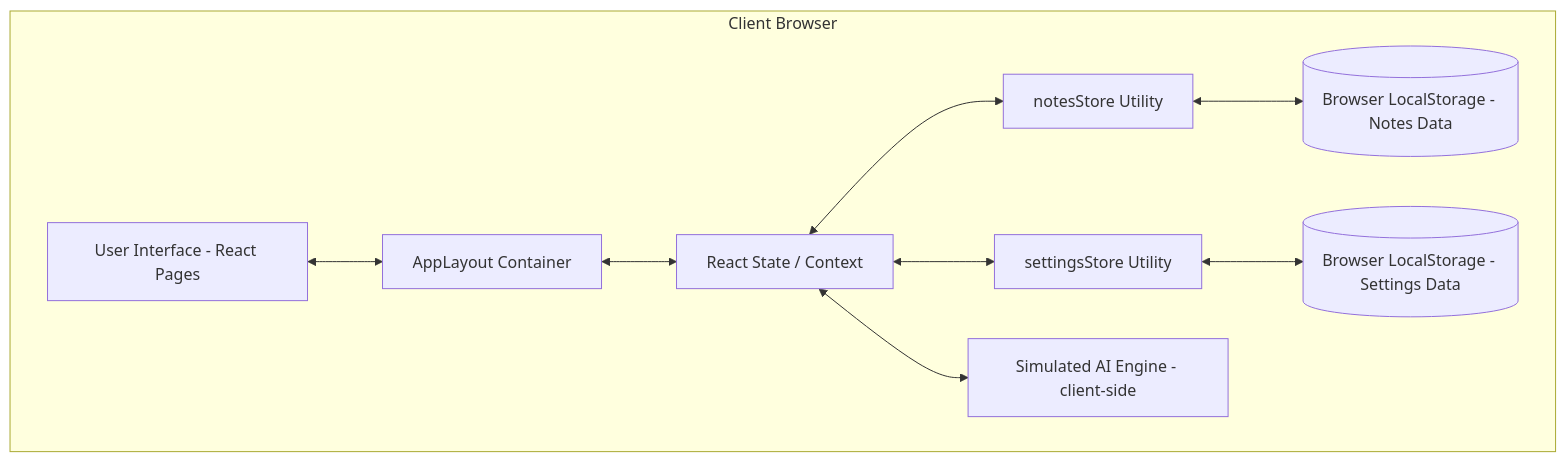
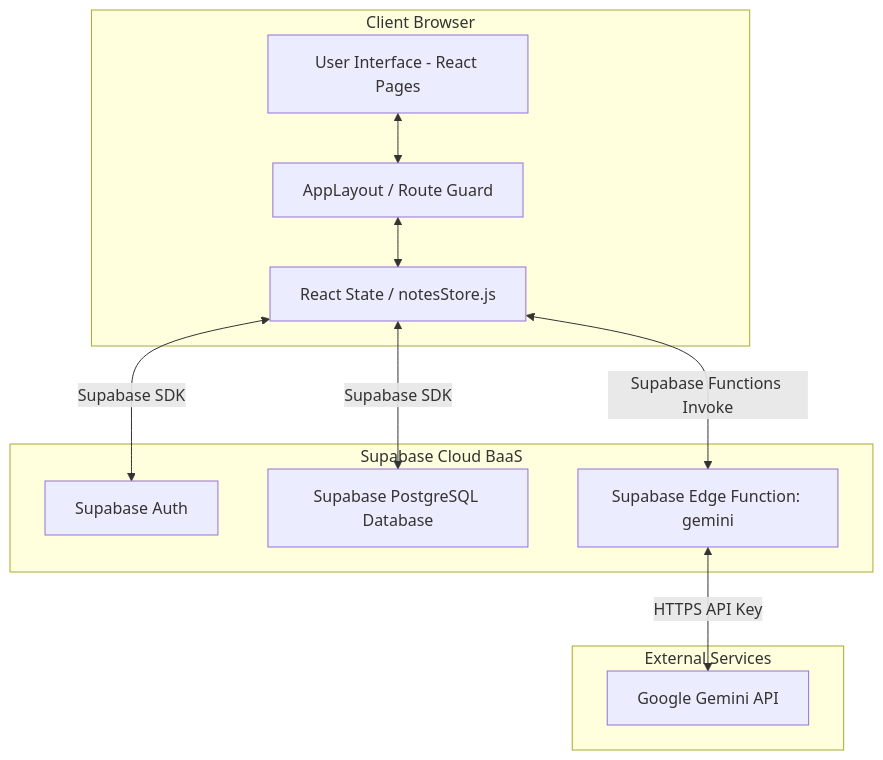
One commit to whoNann/NOTULA changed the diagram in Dokumentasi/LAPORAN.md. Above: the diagram before and after it, drawn with Mermaid. The commit also changed other lines of this file and 20 other files, not shown here.

Commit message:
feat: implement core frontend architecture, auth system, and documentation for Notula AI-powered note-taking application

````diff
--- a/Dokumentasi/LAPORAN.md
+++ b/Dokumentasi/LAPORAN.md
@@ -43,12 +43,17 @@
 ```mermaid
 graph TD
     subgraph Client Browser
-        A[User Interface - React Pages] <--> B[AppLayout Container]
-        B <--> C[React State / Context]
-        C <--> D[notesStore Utility]
-        C <--> E[settingsStore Utility]
-        D <--> F[(Browser LocalStorage - Notes Data)]
-        E <--> G[(Browser LocalStorage - Settings Data)]
-        C <--> H[Simulated AI Engine - client-side]
+        A[User Interface - React Pages] <--> B[AppLayout / Route Guard]
+        B <--> C[React State / notesStore.js]
+    end
+    
+    subgraph Supabase Cloud BaaS
+        C <-->|Supabase SDK| D[Supabase Auth]
+        C <-->|Supabase SDK| E[Supabase PostgreSQL Database]
+        C <-->|Supabase Functions Invoke| F[Supabase Edge Function: gemini]
+    end
+    
+    subgraph External Services
+        F <-->|HTTPS API Key| G[Google Gemini API]
     end
 ```
````
